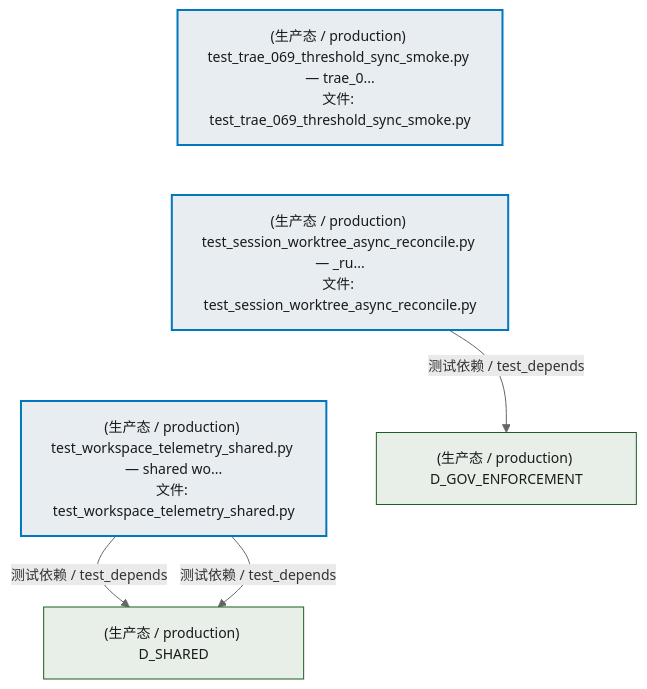
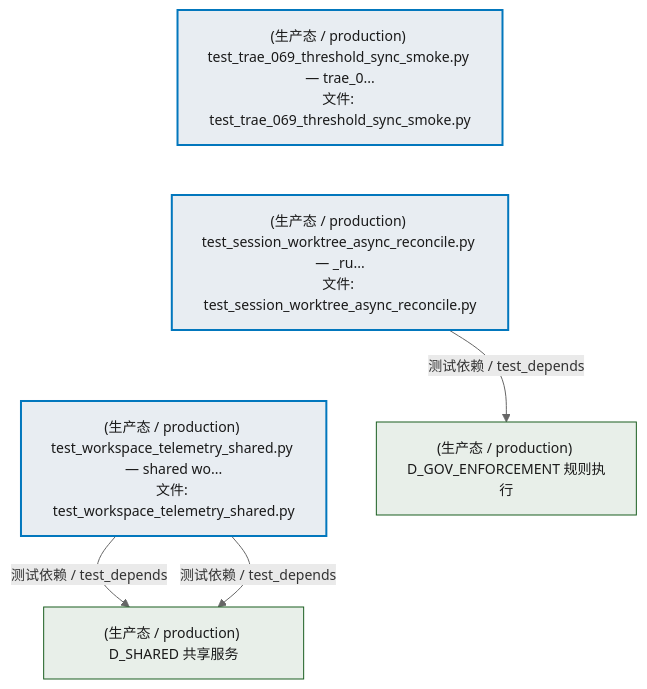
One commit to xuanFelixVan/ZephyrAlpha changed the fifth of 8 diagrams in docs/02_enterprise_architecture/02_domain_architecture_docs/50_d_gov_audit.md. Above: the diagram before and after it, drawn with Mermaid. The commit also changed other lines of this file and 45 other files, not shown here.

````diff
--- a/docs/02_enterprise_architecture/02_domain_architecture_docs/50_d_gov_audit.md
+++ b/docs/02_enterprise_architecture/02_domain_architecture_docs/50_d_gov_audit.md
@@ -686,20 +685,20 @@
 ```mermaid
 %%{init: {'theme': 'base', 'themeVariables': {'primaryColor': '#eaeaea', 'primaryTextColor': '#333333', 'primaryBorderColor': '#666666', 'lineColor': '#666666', 'secondaryColor': '#eaeaea', 'tertiaryColor': '#eaeaea', 'fontSize': '14px'}}}%%
 flowchart TD
     tests_governance_audit_test_trae_069_threshold_sync_smoke_py["(生产态 / production) test_trae_069_threshold_sync_smoke.py — trae_0...<br/>文件: test_trae_069_threshold_sync_smoke.py"]
     tests_governance_rule_bridge_test_session_worktree_async_reconcile_py["(生产态 / production) test_session_worktree_async_reconcile.py — _ru...<br/>文件: test_session_worktree_async_reconcile.py"]
     tests_governance_test_workspace_telemetry_shared_py["(生产态 / production) test_workspace_telemetry_shared.py — shared wo...<br/>文件: test_workspace_telemetry_shared.py"]
     tests_governance_audit_test_trae_069_threshold_sync_smoke_py ~~~ tests_governance_rule_bridge_test_session_worktree_async_reconcile_py
     tests_governance_rule_bridge_test_session_worktree_async_reconcile_py ~~~ tests_governance_test_workspace_telemetry_shared_py
-    D_SHARED["(生产态 / production) D_SHARED"]
+    D_SHARED["(生产态 / production) D_SHARED 共享服务"]
     tests_governance_test_workspace_telemetry_shared_py -->|测试依赖 / test_depends| D_SHARED
     tests_governance_test_workspace_telemetry_shared_py -->|测试依赖 / test_depends| D_SHARED
-    D_GOV_ENFORCEMENT["(生产态 / production) D_GOV_ENFORCEMENT"]
+    D_GOV_ENFORCEMENT["(生产态 / production) D_GOV_ENFORCEMENT 规则执行"]
     tests_governance_rule_bridge_test_session_worktree_async_reconcile_py -->|测试依赖 / test_depends| D_GOV_ENFORCEMENT
     classDef production fill:#e8edf2,stroke:#0277bd,stroke-width:2px,color:#1a1a1a
     classDef design fill:#f0ebe3,stroke:#bf360c,stroke-width:2px,color:#1a1a1a,stroke-dasharray: 5 5
     classDef external_prod fill:#e8efe9,stroke:#1b5e20,stroke-width:1px,color:#1a1a1a
     classDef external_design fill:#efe5ea,stroke:#880e4f,stroke-width:1px,color:#1a1a1a,stroke-dasharray: 5 5
     class tests_governance_audit_test_trae_069_threshold_sync_smoke_py,tests_governance_rule_bridge_test_session_worktree_async_reconcile_py,tests_governance_test_workspace_telemetry_shared_py production
     class D_SHARED,D_GOV_ENFORCEMENT external_prod
 ```
````
